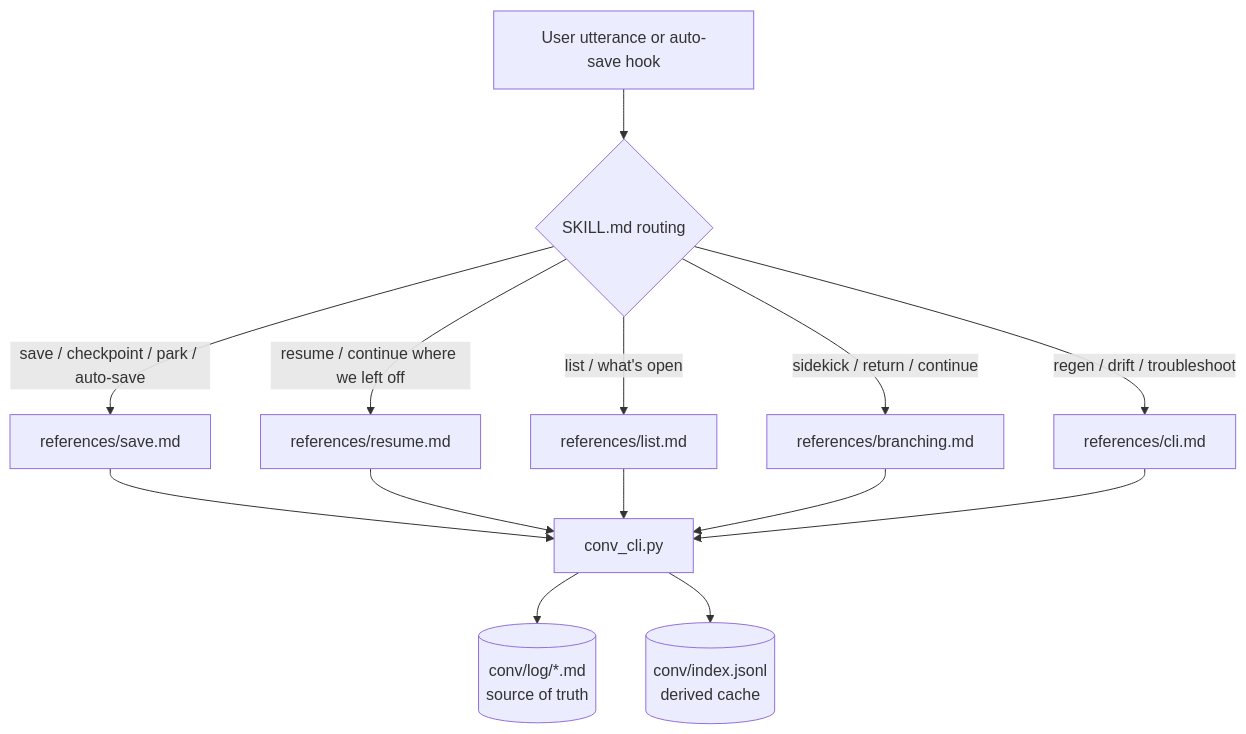
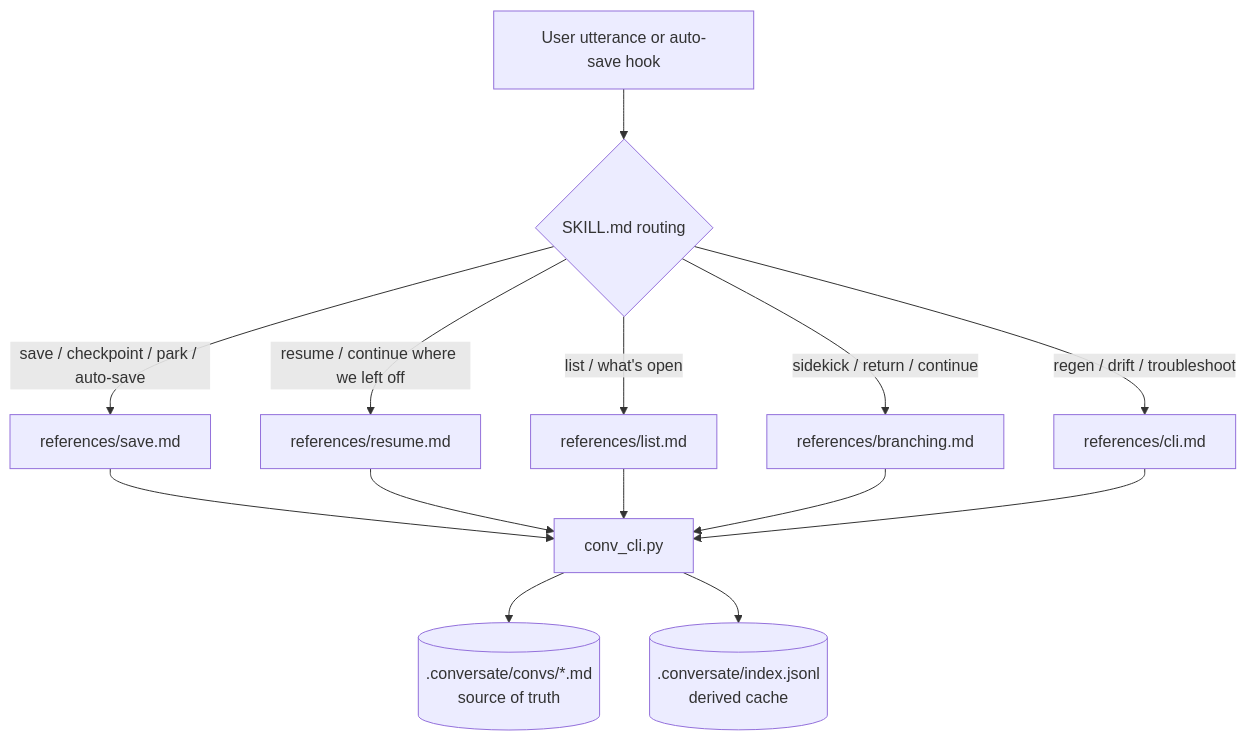
The first of 10 diagrams in .arca/space/conversate-sp/what/flows.md (egoisth777/relay), drawn with Mermaid before and after one commit. The commit also changed other lines of this file and 34 other files, not shown here.

````diff
--- a/.arca/space/conversate-sp/what/flows.md
+++ b/.arca/space/conversate-sp/what/flows.md
@@ -11,18 +11,18 @@
 ```mermaid
 flowchart TD
     U[User utterance or auto-save hook] --> S{SKILL.md routing}
     S -->|"save / checkpoint / park / auto-save"| SAVE[references/save.md]
     S -->|"resume / continue where we left off"| RES[references/resume.md]
     S -->|"list / what's open"| LIST[references/list.md]
     S -->|"sidekick / return / continue"| BR[references/branching.md]
     S -->|"regen / drift / troubleshoot"| CLI[references/cli.md]
 
     SAVE --> C[conv_cli.py]
     RES --> C
     LIST --> C
     BR --> C
     CLI --> C
 
-    C --> LOG[(conv/log/*.md\nsource of truth)]
-    C --> IDX[(conv/index.jsonl\nderived cache)]
+    C --> LOG[(.conversate/convs/*.md\nsource of truth)]
+    C --> IDX[(.conversate/index.jsonl\nderived cache)]
 ```
````
